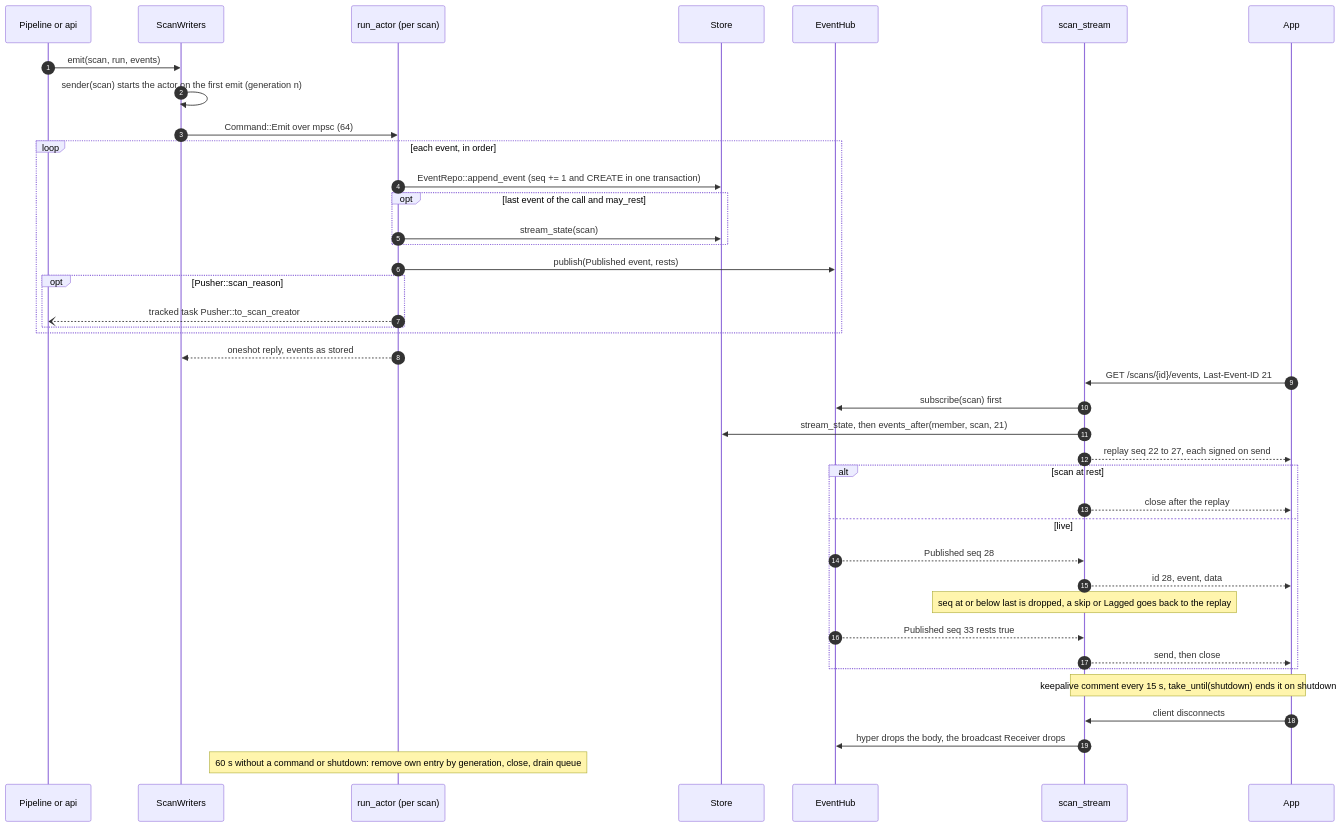
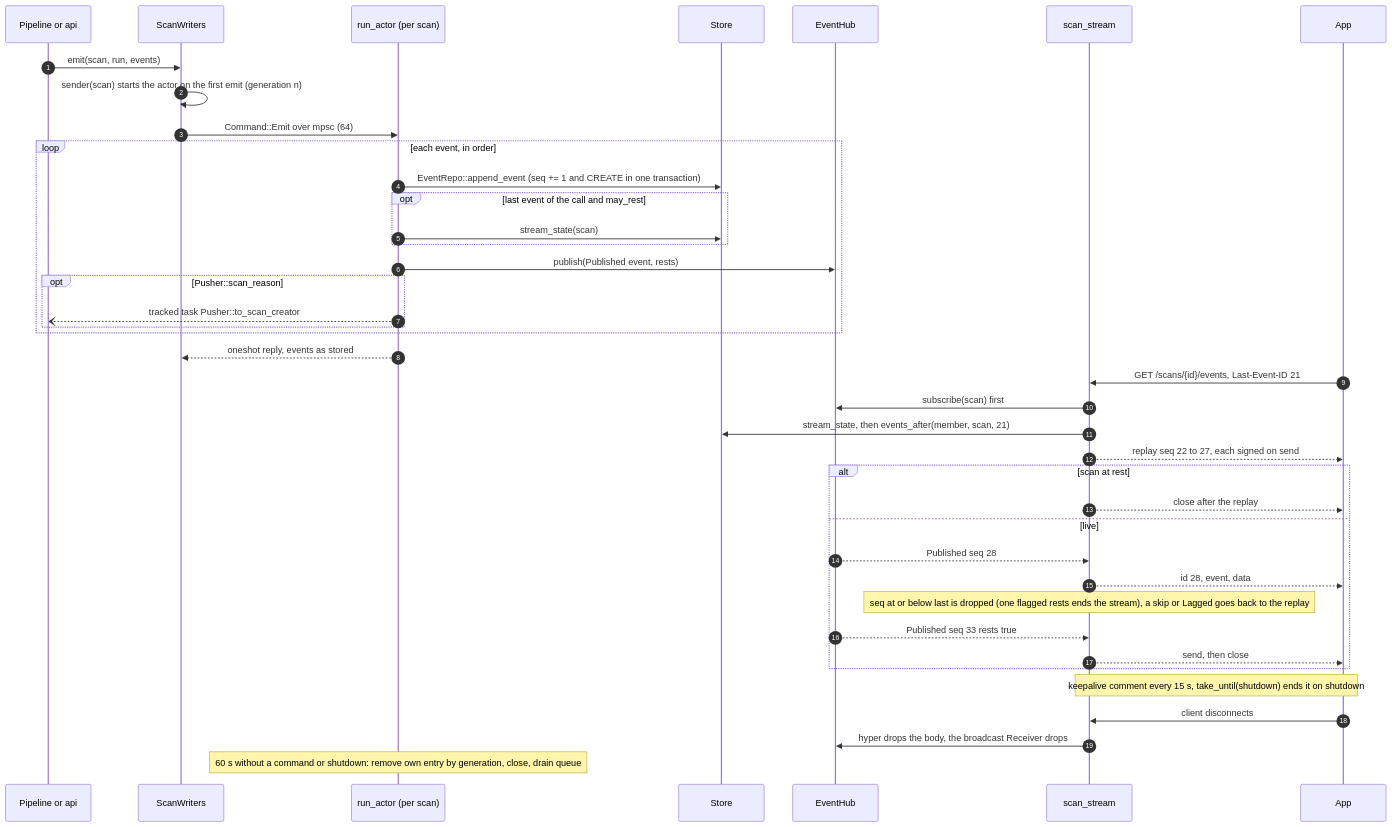
The ninth of 32 diagrams in docs/backend/flows.md (aacruzgon/GreenLens), drawn with Mermaid before and after one commit. The commit also changed other lines of this file and 5 other files, not shown here.

````diff
--- a/docs/backend/flows.md
+++ b/docs/backend/flows.md
@@ -493,42 +493,42 @@
 ```mermaid
 sequenceDiagram
     autonumber
     participant Src as Pipeline or api
     participant Writer as ScanWriters
     participant Act as run_actor (per scan)
     participant Store
     participant Hub as EventHub
     participant Stream as scan_stream
     participant App
     Src->>Writer: emit(scan, run, events)
     Writer->>Writer: sender(scan) starts the actor on the first emit (generation n)
     Writer->>Act: Command::Emit over mpsc (64)
     loop each event, in order
         Act->>Store: EventRepo::append_event (seq += 1 and CREATE in one transaction)
         opt last event of the call and may_rest
             Act->>Store: stream_state(scan)
         end
         Act->>Hub: publish(Published event, rests)
         opt Pusher::scan_reason
             Act--)Src: tracked task Pusher::to_scan_creator
         end
     end
     Act-->>Writer: oneshot reply, events as stored
     App->>Stream: GET /scans/{id}/events, Last-Event-ID 21
     Stream->>Hub: subscribe(scan) first
     Stream->>Store: stream_state, then events_after(member, scan, 21)
     Stream-->>App: replay seq 22 to 27, each signed on send
     alt scan at rest
         Stream-->>App: close after the replay
     else live
         Hub-->>Stream: Published seq 28
         Stream-->>App: id 28, event, data
-        Note over Stream: seq at or below last is dropped, a skip or Lagged goes back to the replay
+        Note over Stream: seq at or below last is dropped (one flagged rests ends the stream), a skip or Lagged goes back to the replay
         Hub-->>Stream: Published seq 33 rests true
         Stream-->>App: send, then close
     end
     Note over Stream,App: keepalive comment every 15 s, take_until(shutdown) ends it on shutdown
     App->>Stream: client disconnects
     Stream->>Hub: hyper drops the body, the broadcast Receiver drops
     Note over Act: 60 s without a command or shutdown: remove own entry by generation, close, drain queue
 ```
````
